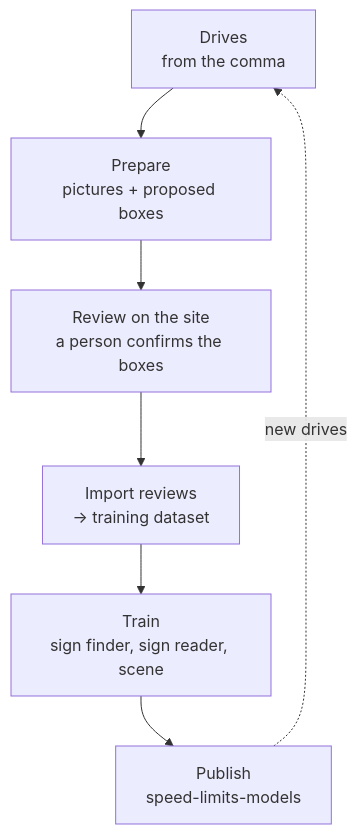
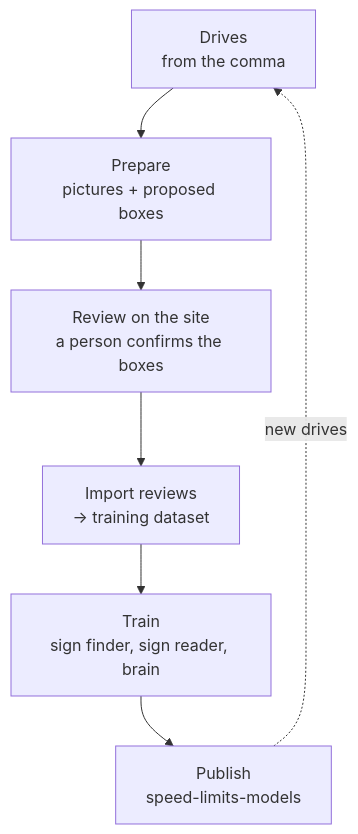
The second of 3 diagrams in README.md (cristianku/sunnypilot.speedlimits), drawn with Mermaid before and after one commit. The commit also changed other lines of this file and 54 other files, not shown here.

First line of the commit message:
The scene network goes from the portal: the brain decides, the map only reads the limits

````diff
--- a/README.md
+++ b/README.md
@@ -47,9 +47,9 @@
 ```mermaid
 flowchart TD
   A["Drives<br/>from the comma"] --> B["Prepare<br/>pictures + proposed boxes"]
   B --> C["Review on the site<br/>a person confirms the boxes"]
   C --> D["Import reviews<br/>→ training dataset"]
-  D --> E["Train<br/>sign finder, sign reader, scene"]
+  D --> E["Train<br/>sign finder, sign reader, brain"]
   E --> F["Publish<br/>speed-limits-models"]
   F -.->|new drives| A
 ```
````
